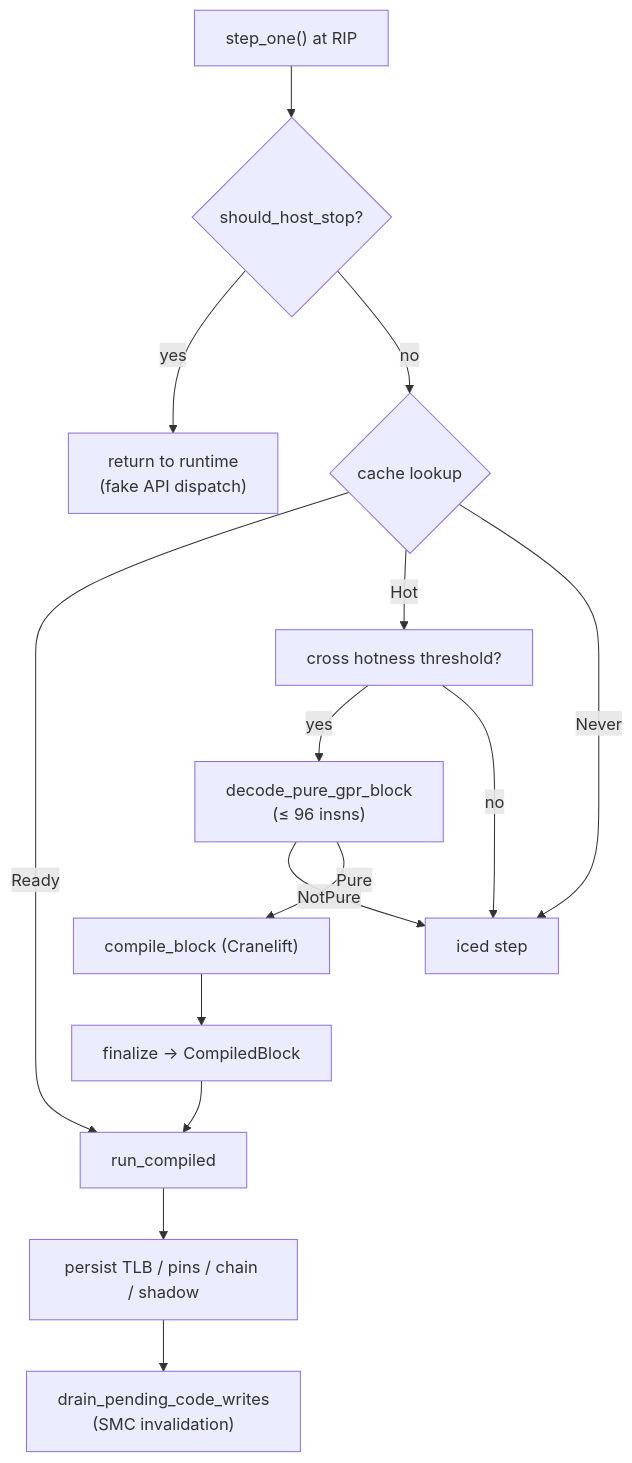
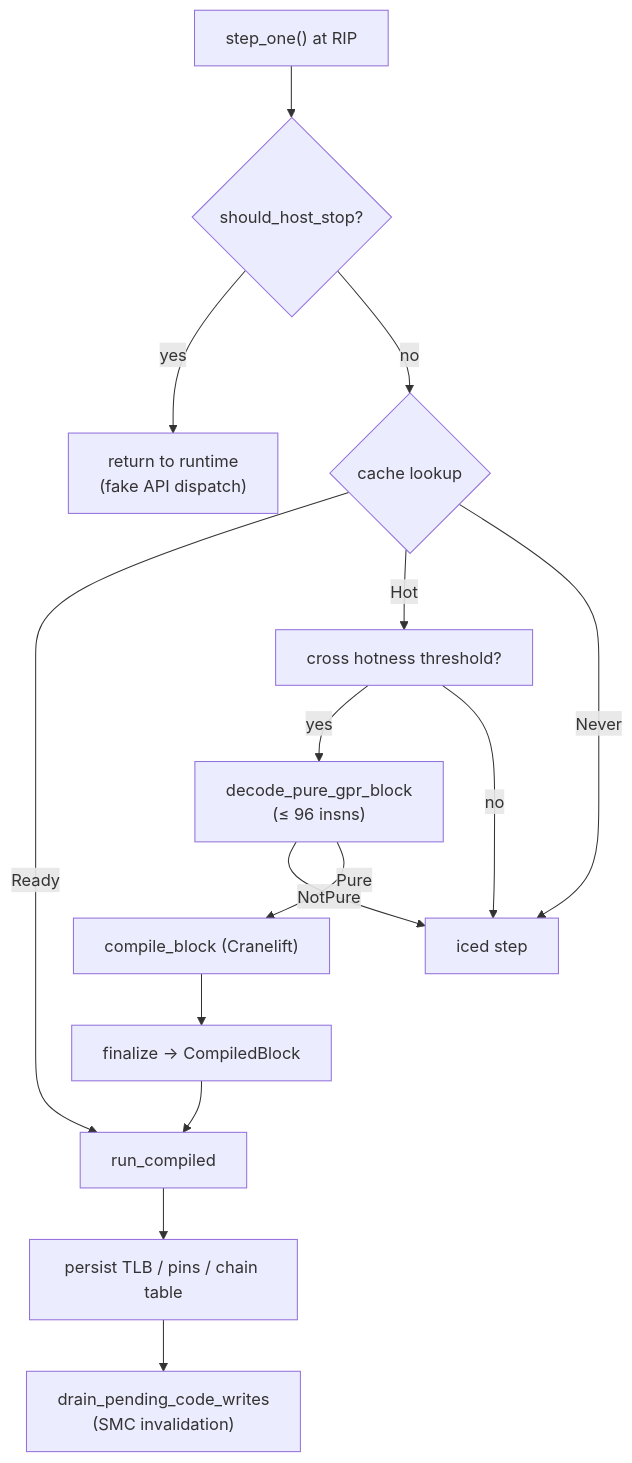
The second of 3 diagrams in docs/architecture/cpu-and-memory.md (wie-project/wie), drawn with Mermaid before and after one commit. The commit also changed other lines of this file and 8 other files, not shown here.

````diff
--- a/docs/architecture/cpu-and-memory.md
+++ b/docs/architecture/cpu-and-memory.md
@@ -32,17 +32,17 @@
 ```mermaid
 flowchart TD
     A["step_one() at RIP"] --> B{"should_host_stop?"}
     B -->|yes| Z["return to runtime<br/>(fake API dispatch)"]
     B -->|no| C{"cache lookup"}
     C -->|Ready| D["run_compiled"]
     C -->|Hot| E["cross hotness threshold?"]
     E -->|yes| F["decode_pure_gpr_block<br/>(≤ 96 insns)"]
     F -->|NotPure| G["iced step"]
     F -->|Pure| H["compile_block (Cranelift)"]
     H --> I["finalize → CompiledBlock"]
     I --> D
     C -->|Never| G
     E -->|no| G
-    D --> J["persist TLB / pins / chain / shadow"]
+    D --> J["persist TLB / pins / chain table"]
     J --> K["drain_pending_code_writes<br/>(SMC invalidation)"]
 ```
````
